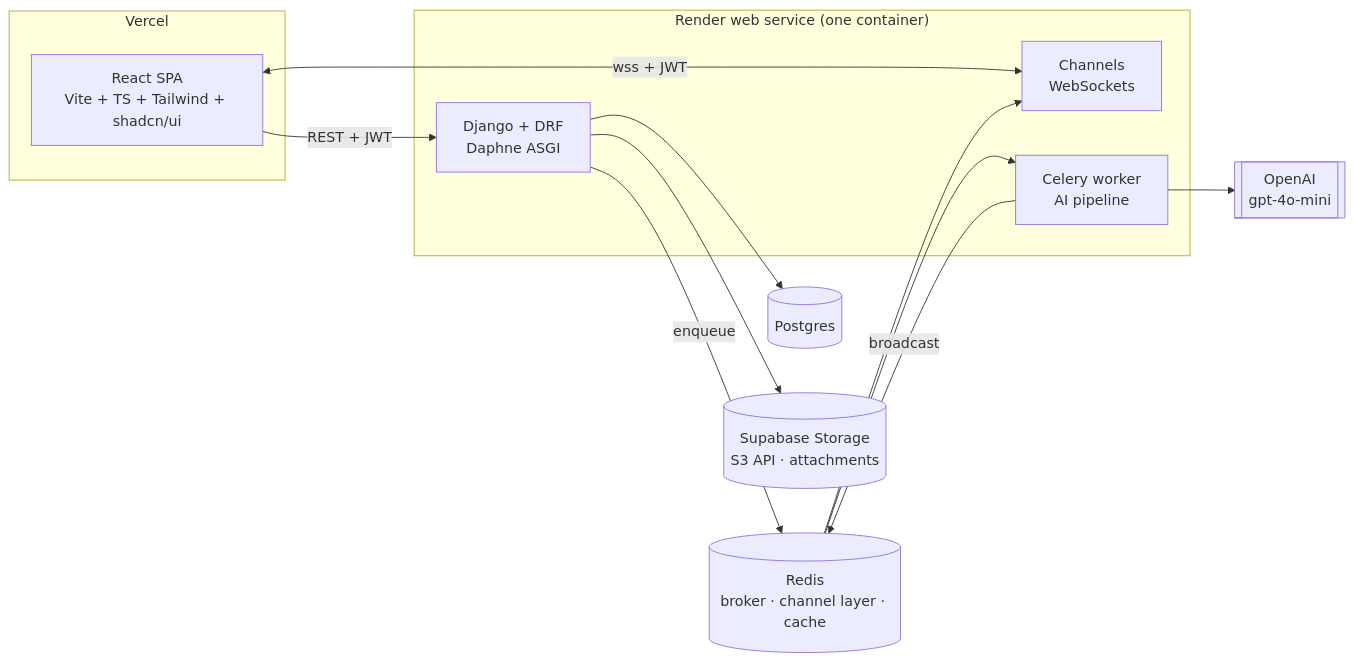
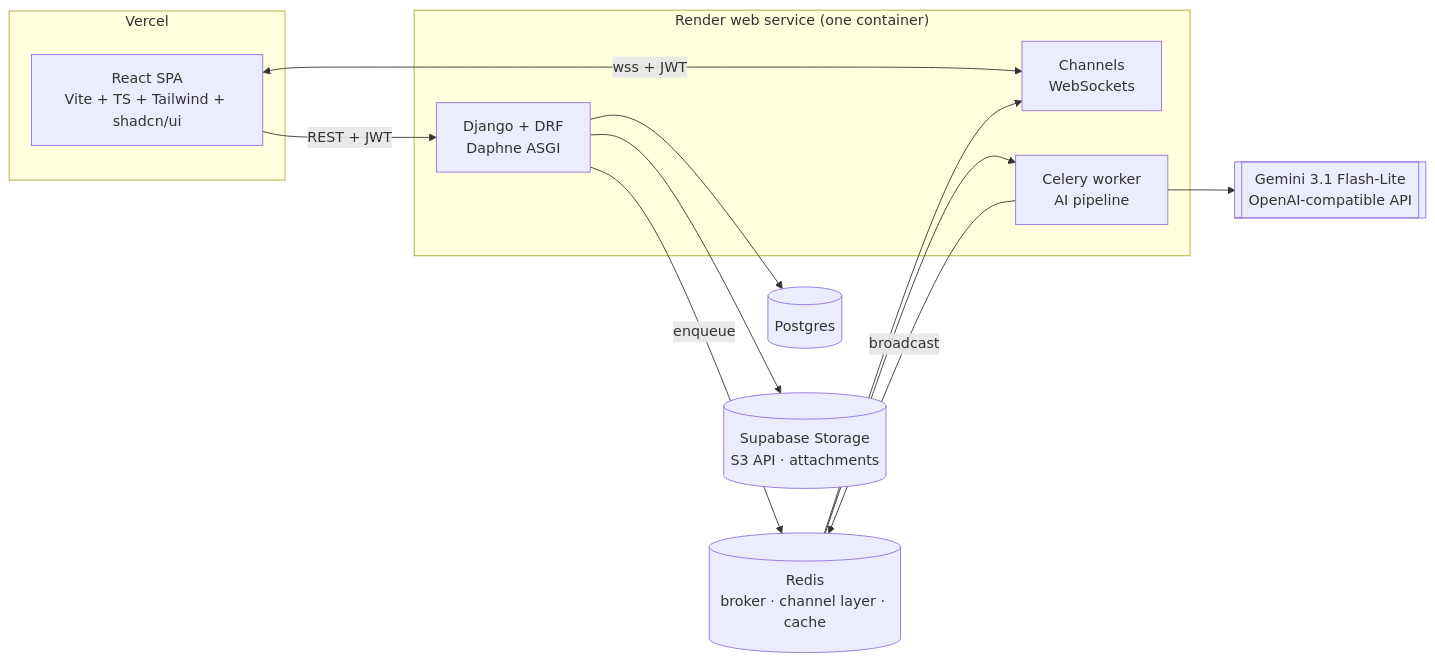
The diagram in README.md (HardikoAgarwal/ai-ticketing-system), drawn with Mermaid before and after one commit. The commit also changed other lines of this file and 1 other file, not shown here.

Commit message:
Docs: justify Gemini Flash-Lite with measured tokens and latency; describe the AI draft panel

````diff
--- a/README.md
+++ b/README.md
@@ -82,23 +86,23 @@
 ```mermaid
 flowchart LR
   subgraph Vercel
     SPA[React SPA<br/>Vite + TS + Tailwind + shadcn/ui]
   end
   subgraph Render["Render web service (one container)"]
     API[Django + DRF<br/>Daphne ASGI]
     WS[Channels<br/>WebSockets]
     W[Celery worker<br/>AI pipeline]
   end
   PG[(Postgres)]
   R[(Redis<br/>broker · channel layer · cache)]
   S3[(Supabase Storage<br/>S3 API · attachments)]
-  OAI[[OpenAI<br/>gpt-4o-mini]]
+  OAI[[Gemini 3.1 Flash-Lite<br/>OpenAI-compatible API]]
 
   SPA -- REST + JWT --> API
   SPA <-- wss + JWT --> WS
   API --> PG
   API -- enqueue --> R --> W
   W --> OAI
   W -- broadcast --> R --> WS
   API --> S3
 ```
````
